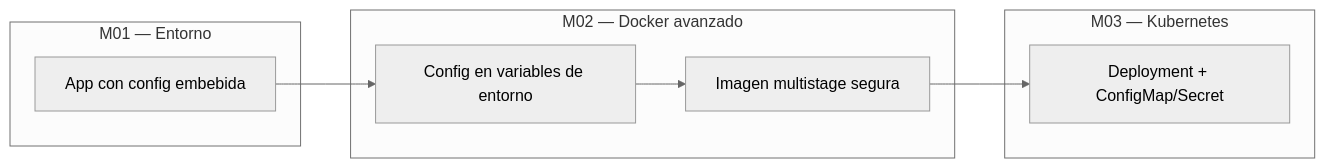
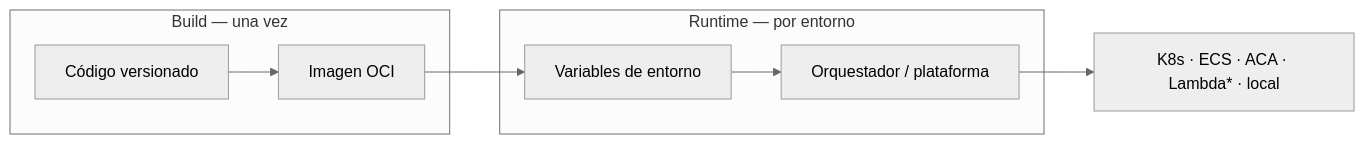
The diagram in labs/M02-docker-avanzado-cloudnative/README.md (adolfoemineo/kubernetes-cloudnative-gitops-301), drawn with Mermaid (neutral theme) before and after one commit. The commit also changed other lines of this file and 2 other files, not shown here.

First line of the commit message:
Refine M02 theory: platform-agnostic container config model.

````diff
--- a/labs/M02-docker-avanzado-cloudnative/README.md
+++ b/labs/M02-docker-avanzado-cloudnative/README.md
@@ -29,14 +29,15 @@
 ```mermaid
 flowchart LR
-  subgraph M01["M01 — Entorno"]
-    A[App con config embebida]
+  subgraph build["Build — una vez"]
+    A[Código versionado]
+    B[Imagen OCI]
   end
-  subgraph M02["M02 — Docker avanzado"]
-    B[Config en variables de entorno]
-    C[Imagen multistage segura]
+  subgraph runtime["Runtime — por entorno"]
+    C[Variables de entorno]
+    D[Orquestador / plataforma]
   end
-  subgraph M03["M03 — Kubernetes"]
-    D[Deployment + ConfigMap/Secret]
-  end
-  A --> B --> C --> D
+  A --> B
+  B --> C
+  C --> D
+  D --> E[K8s · ECS · ACA · Lambda* · local]
 ```
````
